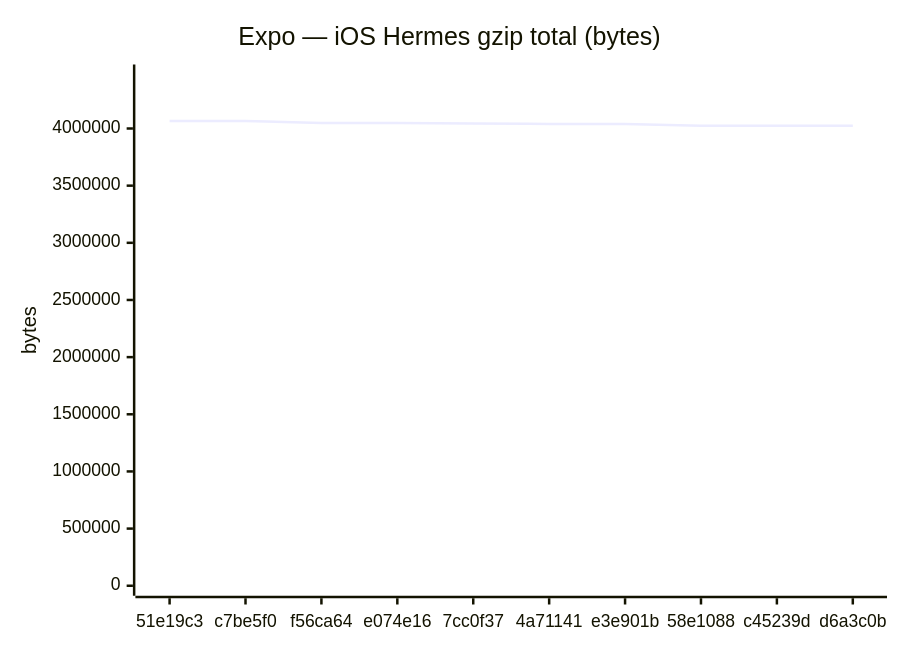
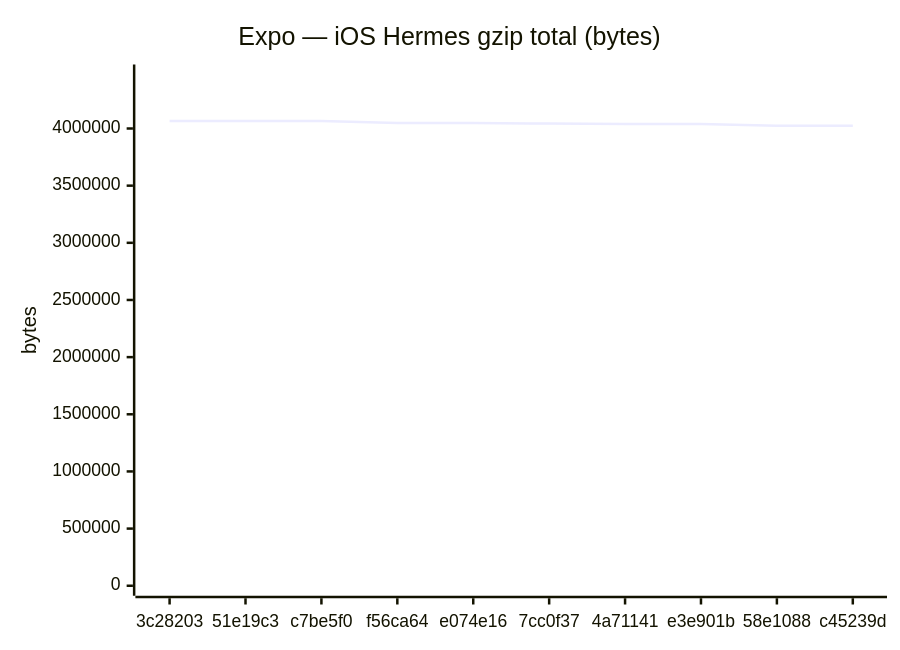
The sixth of 18 diagrams in benchmarks/compare.md (Metaheurist/Rianell), drawn with Mermaid before and after one commit. The commit also changed other lines of this file and 11 other files, not shown here.

````diff
--- a/benchmarks/compare.md
+++ b/benchmarks/compare.md
@@ -96,7 +96,7 @@
 ```mermaid
 xychart-beta
     title "Expo — iOS Hermes gzip total (bytes)"
-    x-axis ["51e19c3", "c7be5f0", "f56ca64", "e074e16", "7cc0f37", "4a71141", "e3e901b", "58e1088", "c45239d", "d6a3c0b"]
+    x-axis ["3c28203", "51e19c3", "c7be5f0", "f56ca64", "e074e16", "7cc0f37", "4a71141", "e3e901b", "58e1088", "c45239d"]
     y-axis "bytes" 0 --> 4472399
-    line [4065816, 4065817, 4047233, 4047234, 4042958, 4039809, 4039179, 4023650, 4023650, 4023645]
+    line [4065403, 4065816, 4065817, 4047233, 4047234, 4042958, 4039809, 4039179, 4023650, 4023650]
 ```
````
